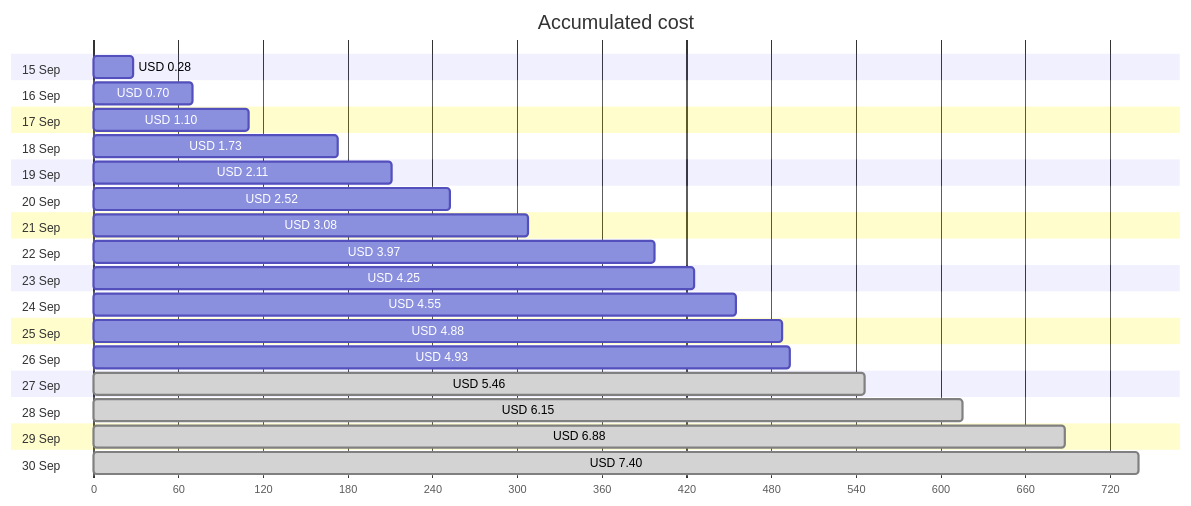
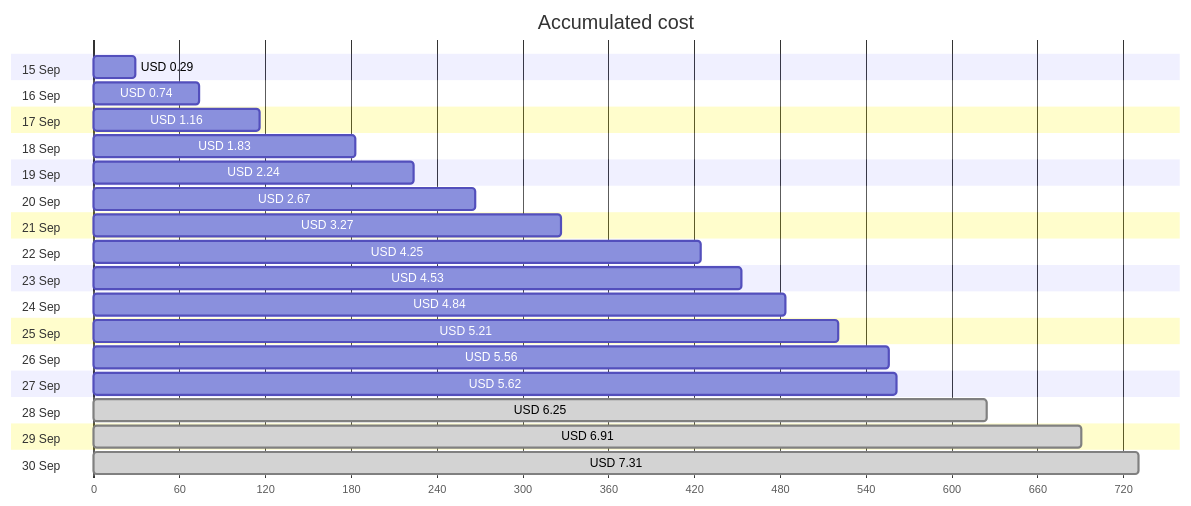
The first of 4 diagrams in cost-reports/personal-network/vpn-server.md (jpfulton/azure-personal-reports), drawn with Mermaid before and after one commit. The commit also changed other lines of this file and 9 other files, not shown here.

````diff
--- a/cost-reports/personal-network/vpn-server.md
+++ b/cost-reports/personal-network/vpn-server.md
@@ -20,38 +20,38 @@
 ```mermaid
 gantt
    title Accumulated cost
    dateFormat  X
    axisFormat %s
    section 15 Sep
-   USD 0.28 :0, 28
+   USD 0.29 :0, 29
    section 16 Sep
-   USD 0.70 :0, 70
+   USD 0.74 :0, 74
    section 17 Sep
-   USD 1.10 :0, 110
+   USD 1.16 :0, 116
    section 18 Sep
-   USD 1.73 :0, 173
+   USD 1.83 :0, 183
    section 19 Sep
-   USD 2.11 :0, 211
+   USD 2.24 :0, 224
    section 20 Sep
-   USD 2.52 :0, 252
+   USD 2.67 :0, 267
    section 21 Sep
-   USD 3.08 :0, 308
+   USD 3.27 :0, 327
    section 22 Sep
-   USD 3.97 :0, 397
+   USD 4.25 :0, 425
    section 23 Sep
-   USD 4.25 :0, 425
+   USD 4.53 :0, 453
    section 24 Sep
-   USD 4.55 :0, 455
+   USD 4.84 :0, 484
    section 25 Sep
-   USD 4.88 :0, 488
+   USD 5.21 :0, 521
    section 26 Sep
-   USD 4.93 :0, 493
+   USD 5.56 :0, 556
    section 27 Sep
-   USD 5.46 : done, 0, 546
+   USD 5.62 :0, 562
    section 28 Sep
-   USD 6.15 : done, 0, 615
+   USD 6.25 : done, 0, 625
    section 29 Sep
-   USD 6.88 : done, 0, 688
+   USD 6.91 : done, 0, 691
    section 30 Sep
-   USD 7.40 : done, 0, 740
+   USD 7.31 : done, 0, 731
 ```
````
